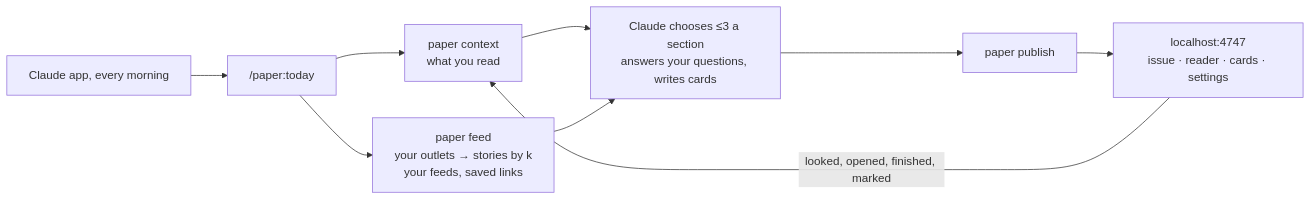
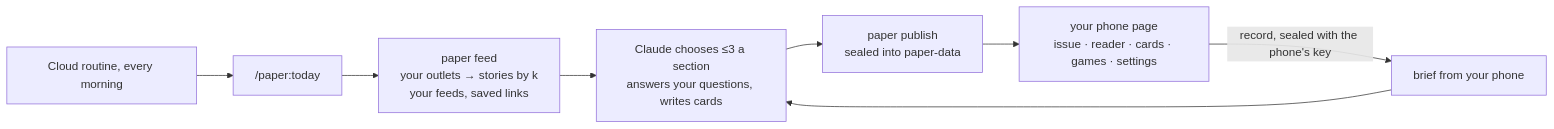
The diagram in README.md (VeghV03/morning-paper), drawn with Mermaid before and after one commit. The commit also changed other lines of this file and 2 other files, not shown here.

Commit message:
Setup and README for the cloud (D94, D96 to D99)

````diff
--- a/README.md
+++ b/README.md
@@ -125,10 +114,10 @@
 ```mermaid
 flowchart LR
-  A[Claude app, every morning] --> B["/paper:today"]
-  B --> C["paper context<br/>what you read"]
+  A[Cloud routine, every morning] --> B["/paper:today"]
   B --> D["paper feed<br/>your outlets → stories by k<br/>your feeds, saved links"]
-  C & D --> E[Claude chooses ≤3 a section<br/>answers your questions, writes cards]
-  E --> F[paper publish]
-  F --> G["localhost:4747<br/>issue · reader · cards · settings"]
-  G -->|looked, opened, finished, marked| C
+  H[brief from your phone] --> E
+  D --> E[Claude chooses ≤3 a section<br/>answers your questions, writes cards]
+  E --> F[paper publish<br/>sealed into paper-data]
+  F --> G["your phone page<br/>issue · reader · cards · games · settings"]
+  G -->|record, sealed with the phone's key| H
 ```
````
